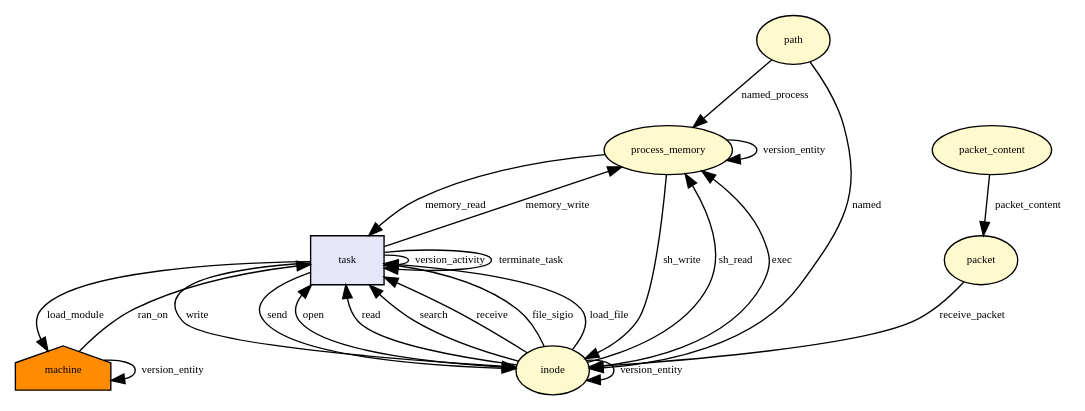
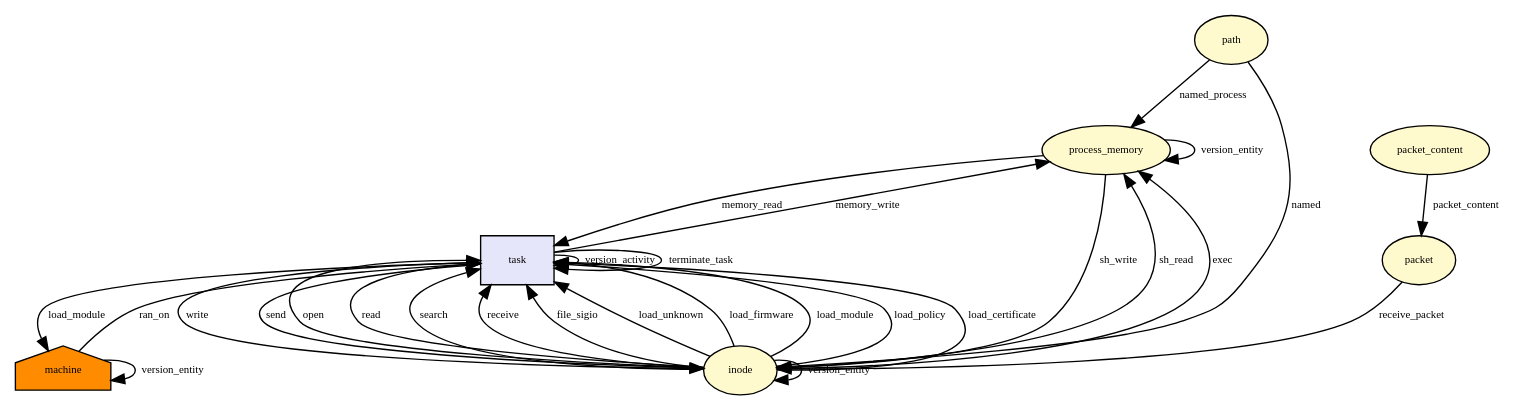
Before and after one commit to CamFlow/camflow-dev: the diagram in docs/dot/__x64_sys_finit_module.dot, drawn with Graphviz. The commit also changed 7 other files, not shown here.

```diff
--- a/docs/dot/__x64_sys_finit_module.dot
+++ b/docs/dot/__x64_sys_finit_module.dot
@@ -1,63 +1,71 @@
 digraph RGL__DirectedAdjacencyGraph {path[fontsize = 8,label = path,shape = ellipse, fillcolor="#fffacd", style = filled]
 
 process_memory[fontsize = 8,label = process_memory,shape = ellipse, fillcolor="#fffacd", style = filled]
 
 path -> process_memory[fontsize = 8,label = named_process]
 
 machine[fontsize = 8,label = machine,shape = house, fillcolor="#ff8c00", style = filled]
 
 task[fontsize = 8,label = task,shape = rectangle, fillcolor="#e6e6fa", style = filled]
 
 machine -> task[fontsize = 8,label = ran_on]
 
 inode[fontsize = 8,label = inode,shape = ellipse, fillcolor="#fffacd", style = filled]
 
 path -> inode[fontsize = 8,label = named]
 
 inode -> task[fontsize = 8,label = open]
 
 task -> process_memory[fontsize = 8,label = memory_write]
 
 task -> task[fontsize = 8,label = version_activity]
 
 process_memory -> process_memory[fontsize = 8,label = version_entity]
 
 process_memory -> inode[fontsize = 8,label = sh_write]
 
 inode -> inode[fontsize = 8,label = version_entity]
 
 process_memory -> task[fontsize = 8,label = memory_read]
 
 task -> inode[fontsize = 8,label = write]
 
 inode -> process_memory[fontsize = 8,label = sh_read]
 
 inode -> task[fontsize = 8,label = read]
 
 inode -> task[fontsize = 8,label = search]
 
 task -> inode[fontsize = 8,label = send]
 
 inode -> task[fontsize = 8,label = receive]
 
 inode -> process_memory[fontsize = 8,label = exec]
 
 inode -> task[fontsize = 8,label = file_sigio]
 
-inode -> task[fontsize = 8,label = load_file]
+inode -> task[fontsize = 8,label = load_unknown]
 
 task -> machine[fontsize = 8,label = load_module]
 
 machine -> machine[fontsize = 8,label = version_entity]
+
+inode -> task[fontsize = 8,label = load_firmware]
+
+inode -> task[fontsize = 8,label = load_module]
+
+inode -> task[fontsize = 8,label = load_policy]
+
+inode -> task[fontsize = 8,label = load_certificate]
 
 packet_content[fontsize = 8,label = packet_content,shape = ellipse, fillcolor="#fffacd", style = filled]
 
 packet[fontsize = 8,label = packet,shape = ellipse, fillcolor="#fffacd", style = filled]
 
 packet_content -> packet[fontsize = 8,label = packet_content]
 
 packet -> inode[fontsize = 8,label = receive_packet]
 
 task -> task[fontsize = 8,label = terminate_task]
 
 }
```
